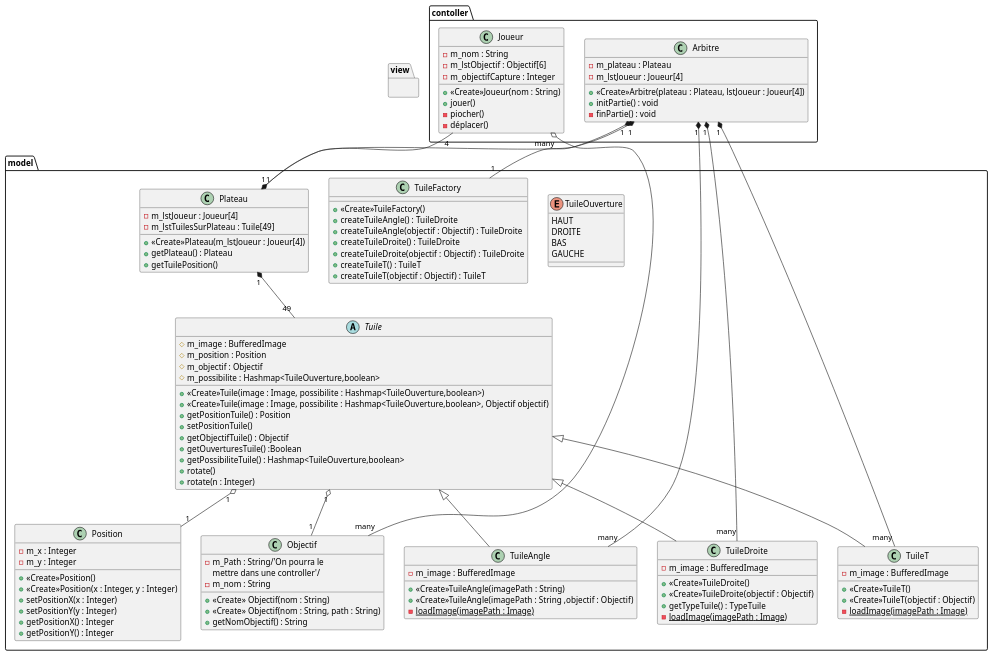
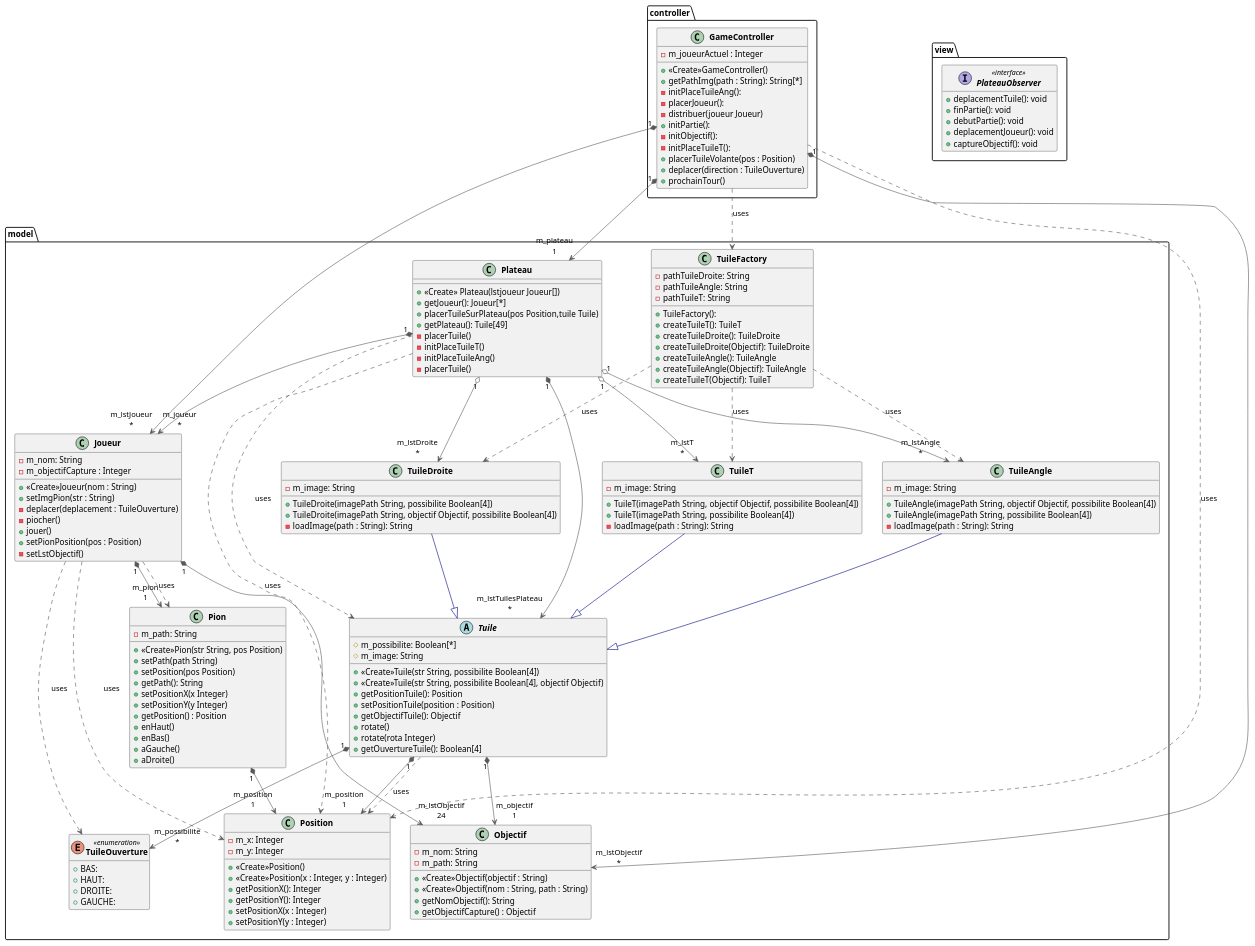
One commit to alexandreCouton/projet_Labyrinthe changed the diagram in UML/Semaine1.puml. Above: the diagram before and after it, drawn with PlantUML. The commit also changed 2 other files, not shown here.

Commit message:
Modification du nom du fichier et suppression des anciens UML

```diff
--- a/UML/Semaine1.puml
+++ b/UML/Semaine1.puml
@@ -1,137 +1,175 @@
 @startuml
+skinparam classFontStyle Bold
+hide enum methods
+hide interface attributes
+
+
+package controller{
+    class GameController {
+    /'Permet de garder la trace du joueur qui joue afin de déplacer le curseur dans
+    la liste de joueurs'/
+      - m_joueurActuel : Integer
+      + <<Create>>GameController()
+      + getPathImg(path : String): String[*]
+      /'Partie initialisation (grace au bouton lancer partie au début)'/
+      - initPlaceTuileAng():
+      - placerJoueur():
+      - distribuer(joueur Joueur)
+      + initPartie():
+      - initObjectif():
+      - initPlaceTuileT():
+      /''/
+      +placerTuileVolante(pos : Position)
+      +deplacer(direction : TuileOuverture)
+      +prochainTour()
+    }
+}
+package model{
+
+    class Joueur {
+      + <<Create>>Joueur(nom : String)
+      - m_nom: String
+      - m_objectifCapture : Integer
+      + setImgPion(str : String)
+      - deplacer(deplacement : TuileOuverture)
+      - piocher()
+      + jouer()
+      + setPionPosition(pos : Position)
+      - setLstObjectif()
+    }
+    class Objectif {
+      + <<Create>>Objectif(objectif : String)
+      + <<Create>>Objectif(nom : String, path : String)
+      - m_nom: String
+      - m_path: String
+      + getNomObjectif(): String
+      + getObjectifCapture() : Objectif
+    }
+    class Pion {
+      +<<Create>>Pion(str String, pos Position)
+      - m_path: String
+      + setPath(path String)
+      + setPosition(pos Position)
+      + getPath(): String
+      + setPositionX(x Integer)
+      + setPositionY(y Integer)
+      + getPosition() : Position
+      + enHaut()
+      + enBas()
+      + aGauche()
+      + aDroite()
+
+    }
+    class Plateau {
+      +<<Create>> Plateau(lstjoueur Joueur[])
+      + getJoueur(): Joueur[*]
+      + placerTuileSurPlateau(pos Position,tuile Tuile)
+      + getPlateau(): Tuile[49]
+      - placerTuile()
+      -initPlaceTuileT()
+      -initPlaceTuileAng()
+      -placerTuile()
+    }
+
+    class Position {
+      +<<Create>>Position()
+      + <<Create>>Position(x : Integer, y : Integer)
+      - m_x: Integer
+      - m_y: Integer
+      + getPositionX(): Integer
+      + getPositionY(): Integer
+      + setPositionX(x : Integer)
+      + setPositionY(y : Integer)
+    }
+    abstract Tuile {
+      + <<Create>>Tuile(str String, possibilite Boolean[4])
+      + <<Create>>Tuile(str String, possibilite Boolean[4], objectif Objectif)
+      # m_possibilite: Boolean[*]
+      # m_image: String
+      + getPositionTuile(): Position
+      + setPositionTuile(position : Position)
+      + getObjectifTuile(): Objectif
+      + rotate()
+      + rotate(rota Integer)
+      + getOuvertureTuile(): Boolean[4]
+    }
+    class TuileAngle {
+      + TuileAngle(imagePath String, objectif Objectif, possibilite Boolean[4])
+      + TuileAngle(imagePath String, possibilite Boolean[4])
+      - m_image: String
+      - loadImage(path : String): String
+    }
+    class TuileDroite {
+      + TuileDroite(imagePath String, possibilite Boolean[4])
+      + TuileDroite(imagePath String, objectif Objectif, possibilite Boolean[4])
+      - m_image: String
+      - loadImage(path : String): String
+    }
+    class TuileFactory {
+      + TuileFactory():
+      - pathTuileDroite: String
+      - pathTuileAngle: String
+      - pathTuileT: String
+      + createTuileT(): TuileT
+      + createTuileDroite(): TuileDroite
+      + createTuileDroite(Objectif): TuileDroite
+      + createTuileAngle(): TuileAngle
+      + createTuileAngle(Objectif): TuileAngle
+      + createTuileT(Objectif): TuileT
+    }
+    enum TuileOuverture << enumeration >> {
+      + TuileOuverture():
+      + BAS:
+      + HAUT:
+      + DROITE:
+      + GAUCHE:
+    }
+    class TuileT {
+      + TuileT(imagePath String, objectif Objectif, possibilite Boolean[4])
+      + TuileT(imagePath String, possibilite Boolean[4])
+      - m_image: String
+      - loadImage(path : String): String
+    }
+}
 package view{
-
+    interface PlateauObserver << interface >> {
+      + deplacementTuile(): void
+      + finPartie(): void
+      + debutPartie(): void
+      + deplacementJoueur(): void
+      + captureObjectif(): void
+    }
 }
 
 
-package model{
-
-    class Position{
-        -m_x : Integer
-        -m_y : Integer
-        +<<Create>>Position()
-        +<<Create>>Position(x : Integer, y : Integer)
-        +setPositionX(x : Integer)
-        +setPositionY(y : Integer)
-        +getPositionX() : Integer
-        +getPositionY() : Integer
-    }
-
-    enum TuileOuverture{
-        HAUT
-        DROITE
-        BAS
-        GAUCHE
-    }
-
-    abstract Tuile{
-        #m_image : BufferedImage
-        #m_position : Position
-        #m_objectif : Objectif
-        #m_possibilite : Hashmap<TuileOuverture,boolean>
-        /'#m_haut : Boolean
-        #m_droite : Boolean
-        #m_bas : Boolean
-        #m_gauche : Boolean'/
-        +<<Create>>Tuile(image : Image, possibilite : Hashmap<TuileOuverture,boolean>)
-        +<<Create>>Tuile(image : Image, possibilite : Hashmap<TuileOuverture,boolean>, Objectif objectif)
-        +getPositionTuile() : Position
-        +setPositionTuile()
-        +getObjectifTuile() : Objectif
-        +getOuverturesTuile() :Boolean
-        +getPossibiliteTuile() : Hashmap<TuileOuverture,boolean>
-        +rotate()
-        +rotate(n : Integer)
-    }
-
-    class TuileAngle extends Tuile{
-        -m_image : BufferedImage
-        +<<Create>>TuileAngle(imagePath : String)
-        +<<Create>>TuileAngle(imagePath : String ,objectif : Objectif)
-        -{static}loadImage(imagePath : Image)
-        /'+toString() : String'/
-    }
-    class TuileDroite extends Tuile{
-        -m_image : BufferedImage
-        +<<Create>>TuileDroite()
-        +<<Create>>TuileDroite(objectif : Objectif)
-        +getTypeTuile() : TypeTuile
-        -{static}loadImage(imagePath : Image)
-        /'+toString() : String'/
-    }
-    class TuileT extends Tuile{
-        -m_image : BufferedImage
-        +<<Create>>TuileT()
-        +<<Create>>TuileT(objectif : Objectif)
-        -{static}loadImage(imagePath : Image)
-        /'+toString() : String'/
-    }
-    class TuileFactory{
-        +<<Create>>TuileFactory()
-        +createTuileAngle() : TuileDroite
-        +createTuileAngle(objectif : Objectif) : TuileDroite
-        +createTuileDroite() : TuileDroite
-        +createTuileDroite(objectif : Objectif) : TuileDroite
-        +createTuileT() : TuileT
-        +createTuileT(objectif : Objectif) : TuileT
-    }
 
 
-    class Objectif
-    {
-        -m_Path : String/'On pourra le
-        mettre dans une controller'/
-        -m_nom : String
-        +<<Create>> Objectif(nom : String)
-        +<<Create>> Objectif(nom : String, path : String)
-        +getNomObjectif() : String
-
-    }
-
-    class Plateau{
-        -m_lstJoueur : Joueur[4]
-        -m_lstTuilesSurPlateau : Tuile[49]
-        +<<Create>>Plateau(m_lstJoueur : Joueur[4])
-        /'Prends 4 joueurs pour les placer etc...'/
-        +getPlateau() : Plateau
-        +getTuilePosition()
-    }
-
-
-
-}
-
-package contoller{
-
-    class Joueur{
-        -m_nom : String
-        -m_lstObjectif : Objectif[6]
-        -m_objectifCapture : Integer
-        +<<Create>>Joueur(nom : String)
-        +jouer()
-        -piocher()
-        /'sera appelé dans la fonction jouer'/
-        -déplacer()
-        /'sera appelé dans la fonction jouer'/
-    }
-    class Arbitre{
-        -m_plateau : Plateau
-        -m_lstJoueur : Joueur[4]
-        +<<Create>>Arbitre(plateau : Plateau, lstJoueur : Joueur[4])
-        +initPartie() : void
-        -finPartie() : void
-    }
-
-}
-Plateau "1" *-- "4" Joueur
-Plateau "1" *-- "49" Tuile
-Tuile "1" o-- "1" Position
-Tuile "1" o-- "1" Objectif
-Arbitre "1" *-- "1" Plateau
-Arbitre "1" *-- "1" TuileFactory
-Arbitre "1" *-- "many" TuileAngle
-Arbitre "1" *-- "many" TuileT
-Arbitre "1" *-- "many" TuileDroite
-Joueur "many" o-- "many" Objectif
-
+GameController  "1" *-[#595959,plain]-> "m_lstJoueur\n*" Joueur
+GameController  "1" *-[#595959,plain]-> "m_lstObjectif\n*" Objectif
+GameController  "1" *-[#595959,plain]-> "m_plateau\n1" Plateau
+GameController   -[#595959,dashed]->  Position        : "«uses»"
+GameController   -[#595959,dashed]->  TuileFactory    : "«uses»"
+Joueur          "1" *-[#595959,plain]-> "m_lstObjectif\n24" Objectif
+Joueur          "1" *-[#595959,plain]-> "m_pion\n1" Pion
+Joueur           -[#595959,dashed]->  Pion            : "«uses»"
+Joueur           -[#595959,dashed]->  Position        : "«uses»"
+Joueur   -[#595959,dashed]->  TuileOuverture        : "«uses»"
+Pion            "1" *-[#595959,plain]-> "m_position\n1" Position
+Plateau         "1" *-[#595959,plain]-> "m_joueur\n*" Joueur
+Plateau         "1" *-[#595959,plain]-> "m_lstTuilesPlateau\n*" Tuile
+Plateau         "1" o-[#595959,plain]-> "m_lstT\n*" TuileT
+Plateau         "1" o-[#595959,plain]-> "m_lstAngle\n*" TuileAngle
+Plateau         "1" o-[#595959,plain]-> "m_lstDroite\n*" TuileDroite
+Plateau          -[#595959,dashed]->  Tuile           : "«uses»"
+Plateau           -[#595959,dashed]->  Position        : "«uses»"
+Tuile           "1" *-[#595959,plain]-> "m_objectif\n1" Objectif
+Tuile           "1" *-[#595959,plain]-> "m_position\n1" Position
+Tuile           "1" *-[#595959,plain]-> "m_possibilite\n*" TuileOuverture
+Tuile           -[#595959,dashed]->  Position        : "«uses»"
+TuileAngle       -[#000082,plain]-^  Tuile
+TuileDroite      -[#000082,plain]-^  Tuile
+TuileFactory     -[#595959,dashed]->  TuileAngle      : "«uses»"
+TuileFactory     -[#595959,dashed]->  TuileDroite     : "«uses»"
+TuileFactory     -[#595959,dashed]->  TuileT          : "«uses»"
+TuileT           -[#000082,plain]-^  Tuile
 @enduml
```
